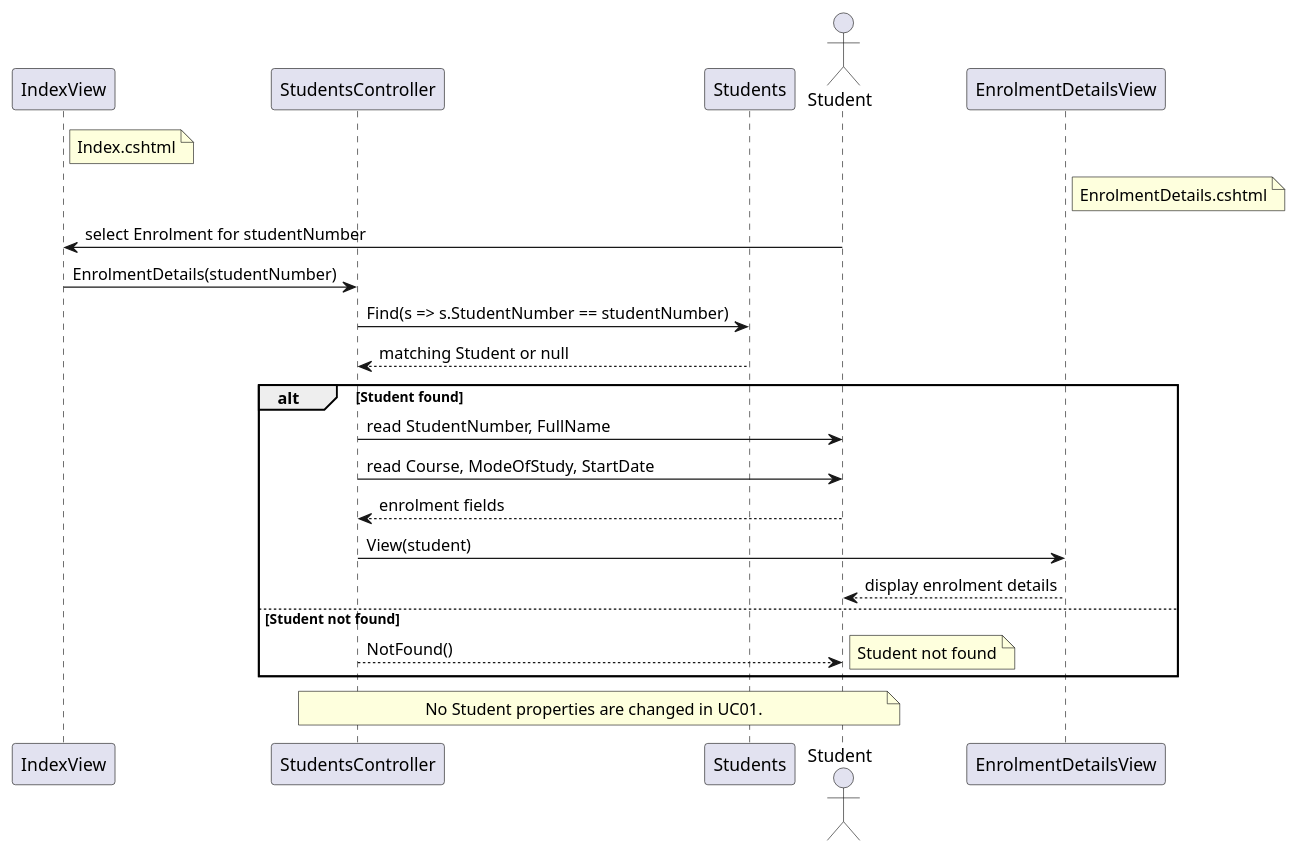
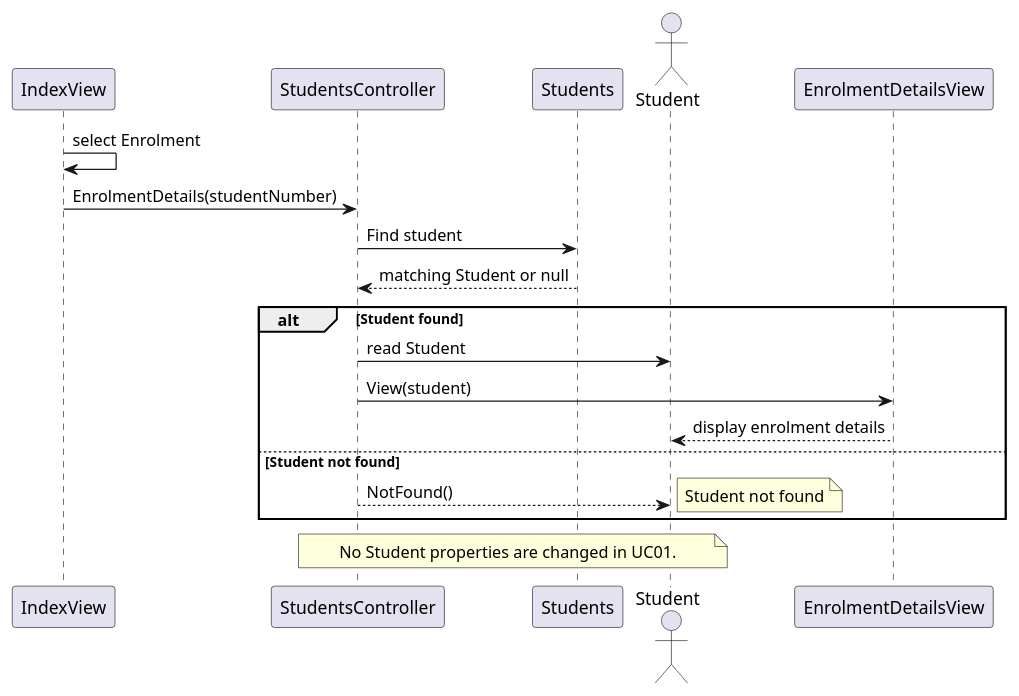
Before and after one commit to oknabeelah/Software-Architecture-and-Design: the diagram in week2-sequence-diagram-UC1.puml, drawn with PlantUML.

Commit message:
completed sequence diagram uc1

```diff
--- a/week2-sequence-diagram-UC1.puml
+++ b/week2-sequence-diagram-UC1.puml
@@ -2,40 +2,30 @@
 @startuml
 
 actor Student
 participant IndexView
 participant StudentsController
 participant Students
 participant Student
 participant EnrolmentDetailsView
 
-note right of IndexView
-    Index.cshtml
-end note
-
-note right of EnrolmentDetailsView
-    EnrolmentDetails.cshtml
-end note
-
-Student -> IndexView : select Enrolment for studentNumber
+IndexView -> IndexView : select Enrolment
 IndexView -> StudentsController : EnrolmentDetails(studentNumber)
-StudentsController -> Students : Find(s => s.StudentNumber == studentNumber)
+StudentsController -> Students : Find student
 Students --> StudentsController : matching Student or null
 
 alt Student found
-    StudentsController -> Student : read StudentNumber, FullName
-    StudentsController -> Student : read Course, ModeOfStudy, StartDate
-    Student --> StudentsController : enrolment fields
+    StudentsController -> Student : read Student
     StudentsController -> EnrolmentDetailsView : View(student)
     EnrolmentDetailsView --> Student : display enrolment details
 else Student not found
     StudentsController --> Student : NotFound()
     note right
         Student not found
     end note
 end
 
 note over StudentsController,Student
     No Student properties are changed in UC01.
 end note
 
 @enduml
```
